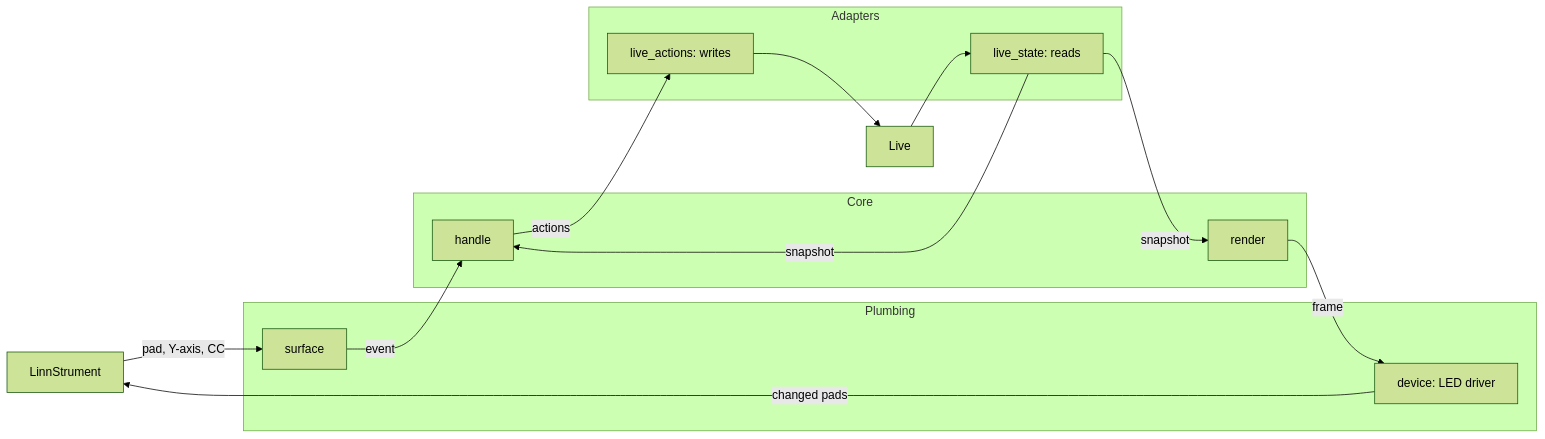
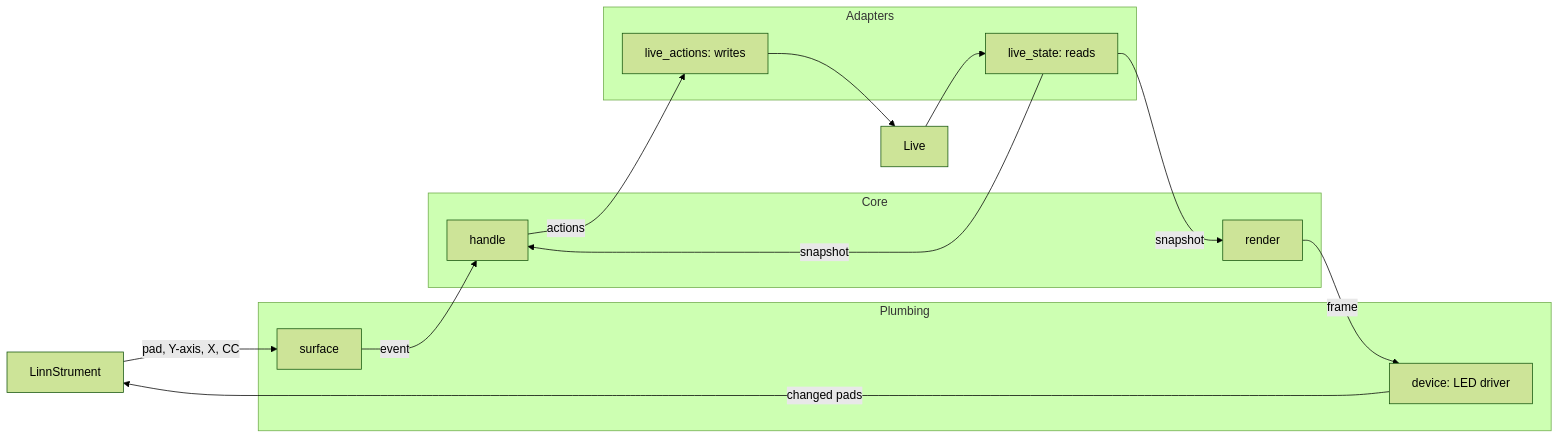
Before and after one commit to ianbleaker/bleakloop-linnstrument: the first of 8 diagrams in docs/architecture.md, drawn with Mermaid (forest theme). The commit also changed other lines of this file and 34 other files, not shown here.

````diff
--- a/docs/architecture.md
+++ b/docs/architecture.md
@@ -7,26 +7,26 @@
 ```mermaid
 flowchart LR
   linnstrument["LinnStrument"]
   subgraph Plumbing
     surface["surface"]
     device["device: LED driver"]
   end
   subgraph Core
     handle["handle"]
     render["render"]
   end
   subgraph Adapters
     live_state["live_state: reads"]
     live_actions["live_actions: writes"]
   end
   live["Live"]
-  linnstrument -->|"pad, Y-axis, CC"| surface
+  linnstrument -->|"pad, Y-axis, X, CC"| surface
   surface -->|"event"| handle
   live --> live_state
   live_state -->|"snapshot"| handle
   live_state -->|"snapshot"| render
   handle -->|"actions"| live_actions
   live_actions --> live
   render -->|"frame"| device
   device -->|"changed pads"| linnstrument
 ```
````
